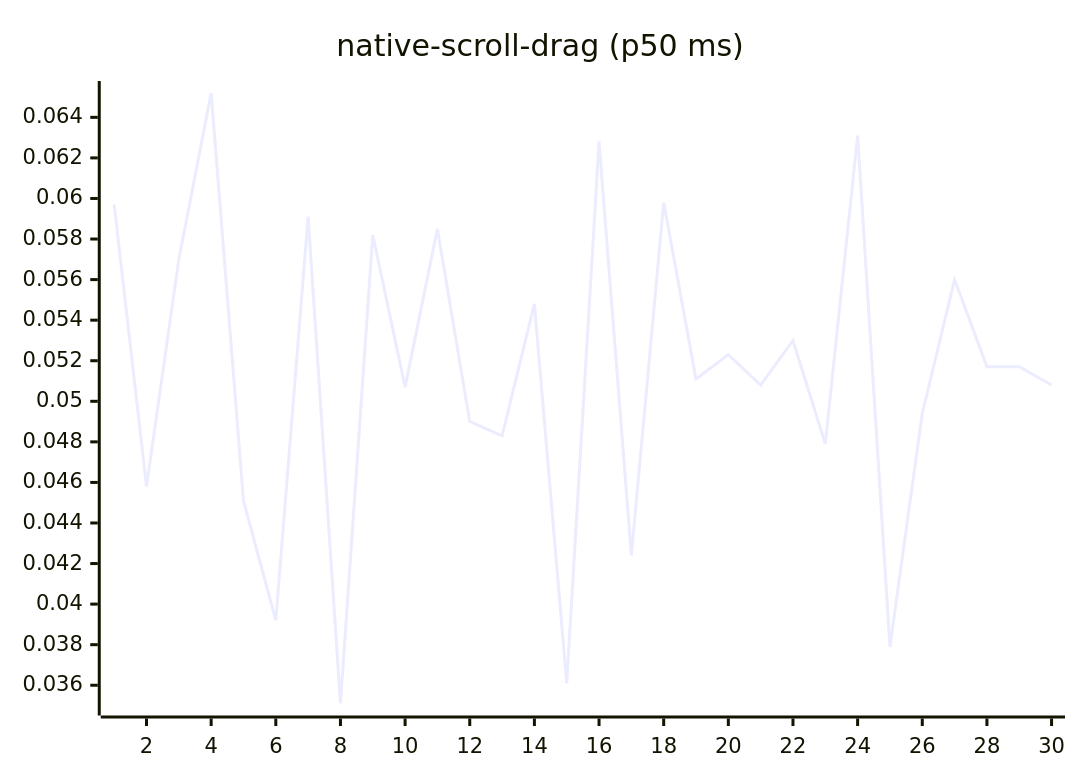
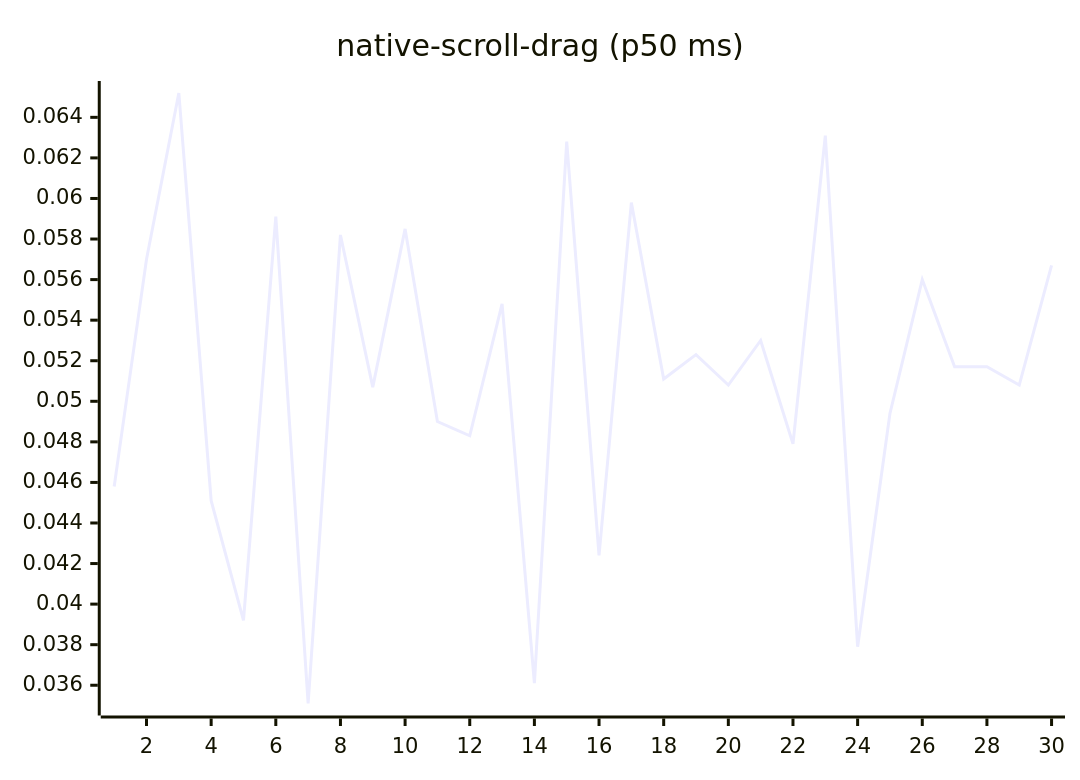
Diagram 14 of 27 in README.md (josha/Facet), drawn with Mermaid before and after one commit. The commit also changed other lines of this file and 2 other files, not shown here.

````diff
--- a/README.md
+++ b/README.md
@@ -154,6 +154,6 @@
 ```mermaid
 xychart-beta
     title "native-scroll-drag (p50 ms)"
     x-axis 1 --> 30
-    line [0.0597, 0.0458, 0.0570, 0.0652, 0.0451, 0.0392, 0.0591, 0.0351, 0.0582, 0.0507, 0.0585, 0.0490, 0.0483, 0.0548, 0.0361, 0.0628, 0.0424, 0.0598, 0.0511, 0.0523, 0.0508, 0.0530, 0.0479, 0.0631, 0.0379, 0.0494, 0.0560, 0.0517, 0.0517, 0.0508]
+    line [0.0458, 0.0570, 0.0652, 0.0451, 0.0392, 0.0591, 0.0351, 0.0582, 0.0507, 0.0585, 0.0490, 0.0483, 0.0548, 0.0361, 0.0628, 0.0424, 0.0598, 0.0511, 0.0523, 0.0508, 0.0530, 0.0479, 0.0631, 0.0379, 0.0494, 0.0560, 0.0517, 0.0517, 0.0508, 0.0567]
 ```
````
